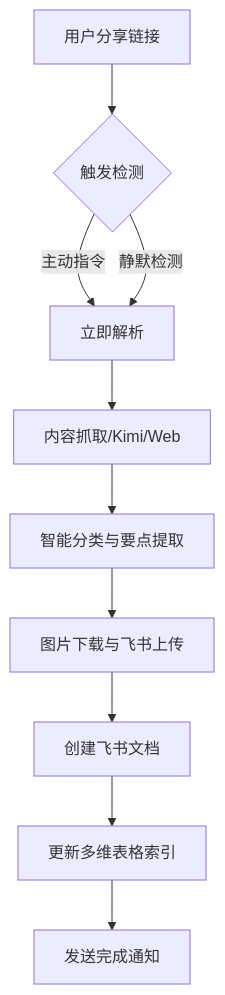
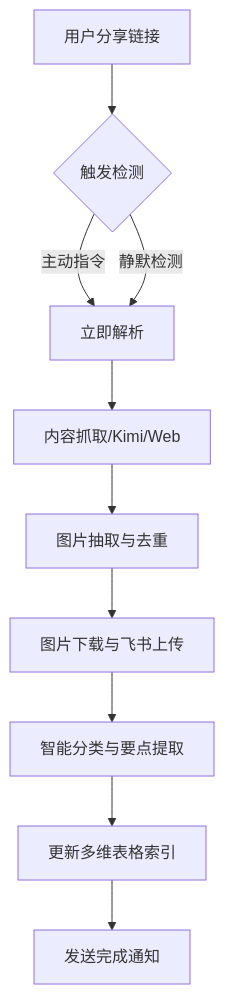
Before and after one commit to wuhongchen/content-collector-skill: the diagram in README.md, drawn with Mermaid. The commit also changed other lines of this file and 1 other file, not shown here.

````diff
--- a/README.md
+++ b/README.md
@@ -26,12 +26,12 @@
 ```mermaid
 graph TD
     A[用户分享链接] --> B{触发检测}
     B -- 主动指令 --> C[立即解析]
     B -- 静默检测 --> C
     C --> D[内容抓取/Kimi/Web]
-    D --> E[智能分类与要点提取]
+    D --> E[图片抽取与去重]
     E --> F[图片下载与飞书上传]
-    F --> G[创建飞书文档]
+    F --> G[智能分类与要点提取]
     G --> H[更新多维表格索引]
     H --> I[发送完成通知]
 ```
````
